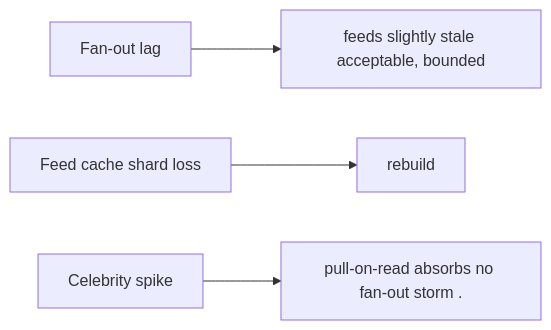
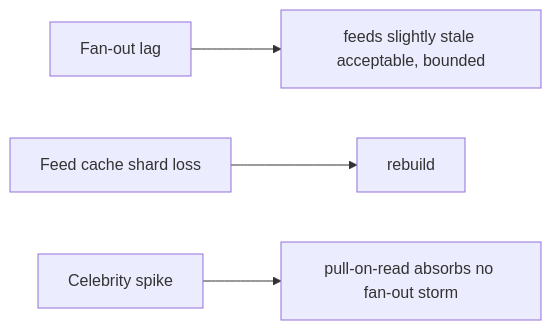
The third of 3 diagrams in case-studies/intermediate/social-media-feed.md (RIT-MESH/system-design-mastery), drawn with Mermaid before and after one commit. The commit also changed other lines of this file and 215 other files, not shown here.

First line of the commit message:
Complete all remaining work: expand case studies, add 13 AI case studies, fix diagrams, status to Complete

````diff
--- a/case-studies/intermediate/social-media-feed.md
+++ b/case-studies/intermediate/social-media-feed.md
@@ -137,13 +169,13 @@
 ```mermaid
 %% created-for: system-design-mastery
 flowchart LR
   C1["Fan-out lag"]
   R2["feeds slightly stale acceptable, bounded"]
   C1 --> R2
   C3["Feed cache shard loss"]
   R4["rebuild"]
   C3 --> R4
   C5["Celebrity spike"]
-  R6["pull-on-read absorbs no fan-out storm ."]
+  R6["pull-on-read absorbs no fan-out storm"]
   C5 --> R6
 ```
````
